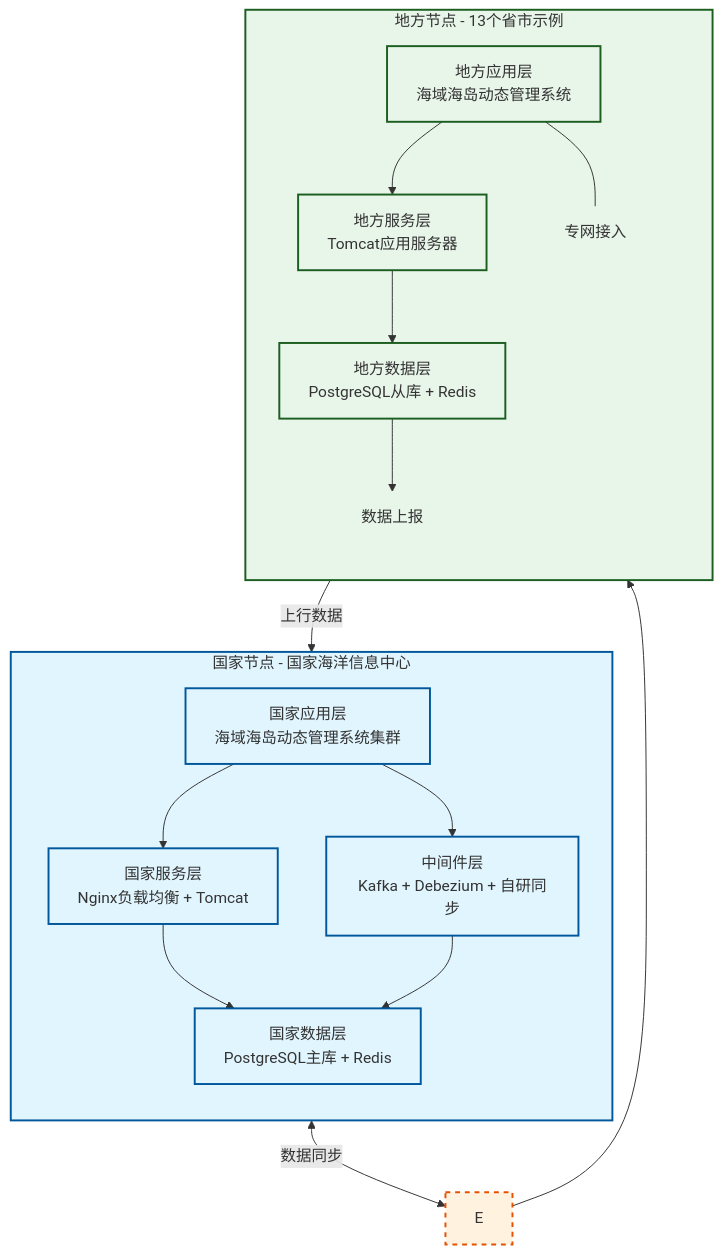
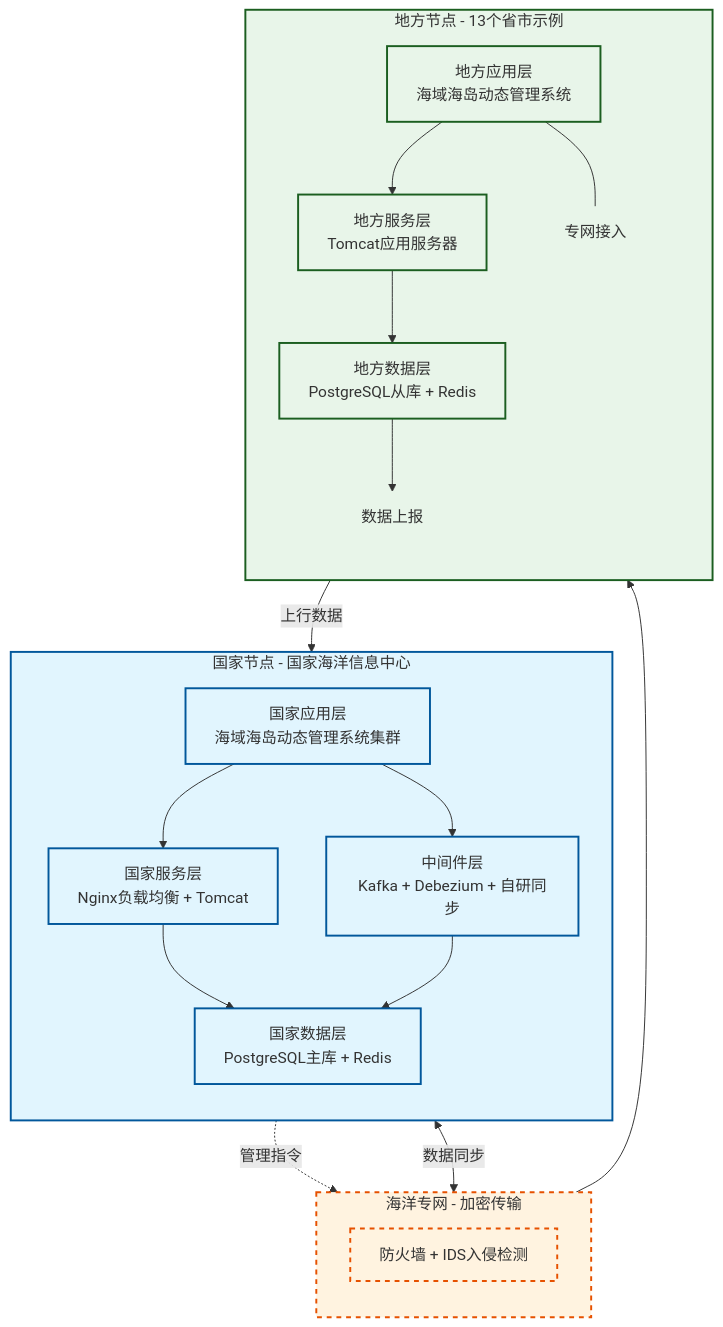
One commit to MyJohn2/iodraw-files changed the diagram in all/未命名-1.md. Above: the diagram before and after it, drawn with Mermaid.

Commit message:
2026-03-03 15:03:38 update

````diff
--- a/all/未命名-1.md
+++ b/all/未命名-1.md
@@ -1,52 +1,55 @@
 ```mermaid
 flowchart TD
     %% 定义样式
     classDef nation fill:#e1f5fe,stroke:#01579b,stroke-width:2px;
     classDef network fill:#fff3e0,stroke:#e65100,stroke-width:2px,stroke-dasharray: 5 5;
     classDef local fill:#e8f5e9,stroke:#1b5e20,stroke-width:2px;
 
     subgraph NationNode [国家节点 - 国家海洋信息中心]
         direction TB
         A[国家应用层<br/>海域海岛动态管理系统集群]
         B[国家服务层<br/>Nginx负载均衡 + Tomcat]
         C[国家数据层<br/>PostgreSQL主库 + Redis]
         D[中间件层<br/>Kafka + Debezium + 自研同步]
         
         A --> B
         B --> C
         A --> D
         D --> C
     end
     
-
+    subgraph SecureNet [海洋专网 - 加密传输]
+        direction TB
+        E[防火墙 + IDS入侵检测]
+    end
     
     subgraph LocalNode [地方节点 - 13个省市示例]
         direction TB
         F[地方应用层<br/>海域海岛动态管理系统]
         G[地方服务层<br/>Tomcat应用服务器]
         H[地方数据层<br/>PostgreSQL从库 + Redis]
         
         F --> G
         G --> H
         F --- E_Link[专网接入]
         H --> D_Link[数据上报]
     end
 
     %% 跨子图连接 (连接具体节点而非子图名称)
-   
+    A -.->|管理指令 | E
     E --> F
     D <-->|数据同步 | E
     H -->|上行数据 | D
 
     %% 应用样式
     class NationNode,A,B,C,D nation;
     class SecureNet,E network;
     class LocalNode,F,G,H local;
     
     %% 隐藏用于逻辑连接的辅助节点样式
     style E_Link fill:none,stroke:none;
     style D_Link fill:none,stroke:none;
 
 
 
 ```
````
